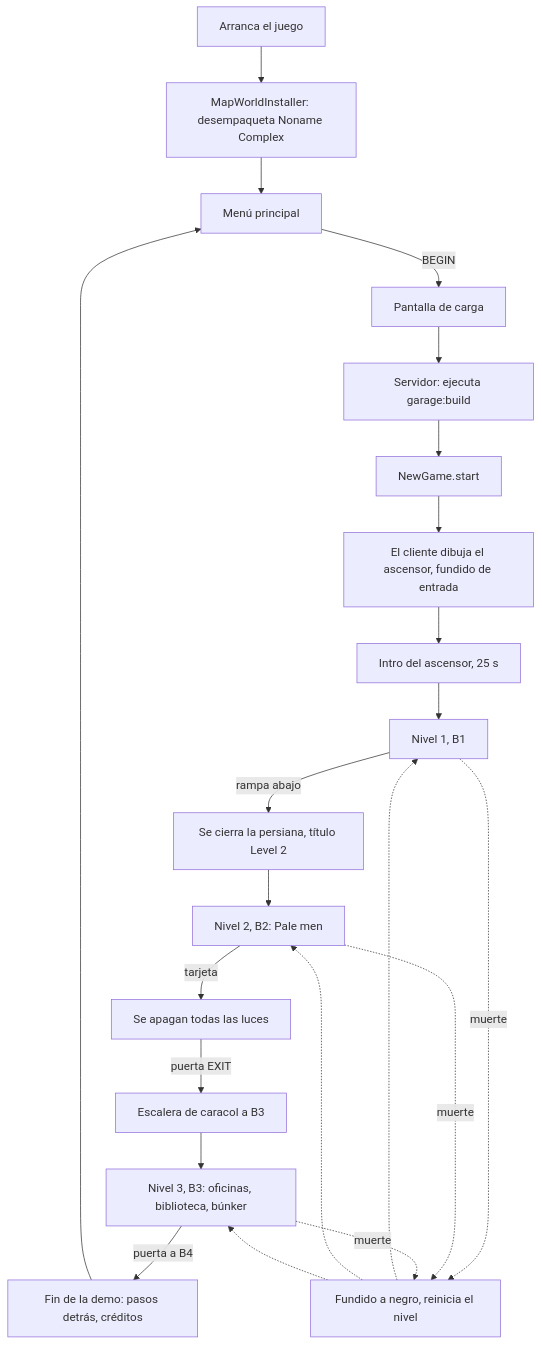
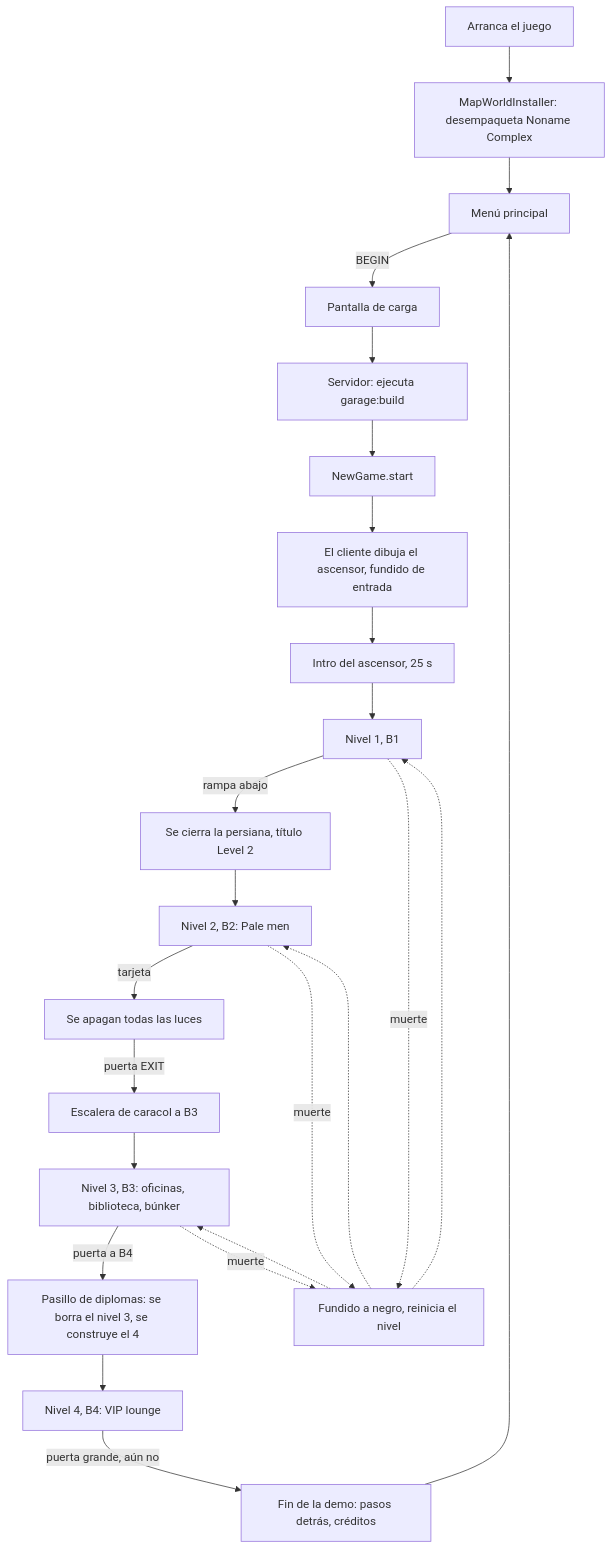
Before and after one commit to Daio7771/EveryTunnelMod: the diagram in docs/es/game-flow.md, drawn with Mermaid. The commit also changed other lines of this file and 40 other files, not shown here.

````diff
--- a/docs/es/game-flow.md
+++ b/docs/es/game-flow.md
@@ -8,24 +8,26 @@
 ```mermaid
 flowchart TD
     A[Arranca el juego] --> B[MapWorldInstaller: desempaqueta Noname Complex]
     B --> C[Menú principal]
     C -->|BEGIN| D[Pantalla de carga]
     D --> E[Servidor: ejecuta garage:build]
     E --> F[NewGame.start]
     F --> G[El cliente dibuja el ascensor, fundido de entrada]
     G --> H[Intro del ascensor, 25 s]
     H --> I[Nivel 1, B1]
     I -->|rampa abajo| J[Se cierra la persiana, título Level 2]
     J --> K[Nivel 2, B2: Pale men]
     K -->|tarjeta| L[Se apagan todas las luces]
     L -->|puerta EXIT| M[Escalera de caracol a B3]
     M --> P[Nivel 3, B3: oficinas, biblioteca, búnker]
-    P -->|puerta a B4| N[Fin de la demo: pasos detrás, créditos]
+    P -->|puerta a B4| Q[Pasillo de diplomas: se borra el nivel 3, se construye el 4]
+    Q --> R[Nivel 4, B4: VIP lounge]
+    R -->|puerta grande, aún no| N[Fin de la demo: pasos detrás, créditos]
     N --> C
     I -.->|muerte| O[Fundido a negro, reinicia el nivel]
     K -.->|muerte| O
     P -.->|muerte| O
     O -.-> I
     O -.-> K
     O -.-> P
 ```
````
